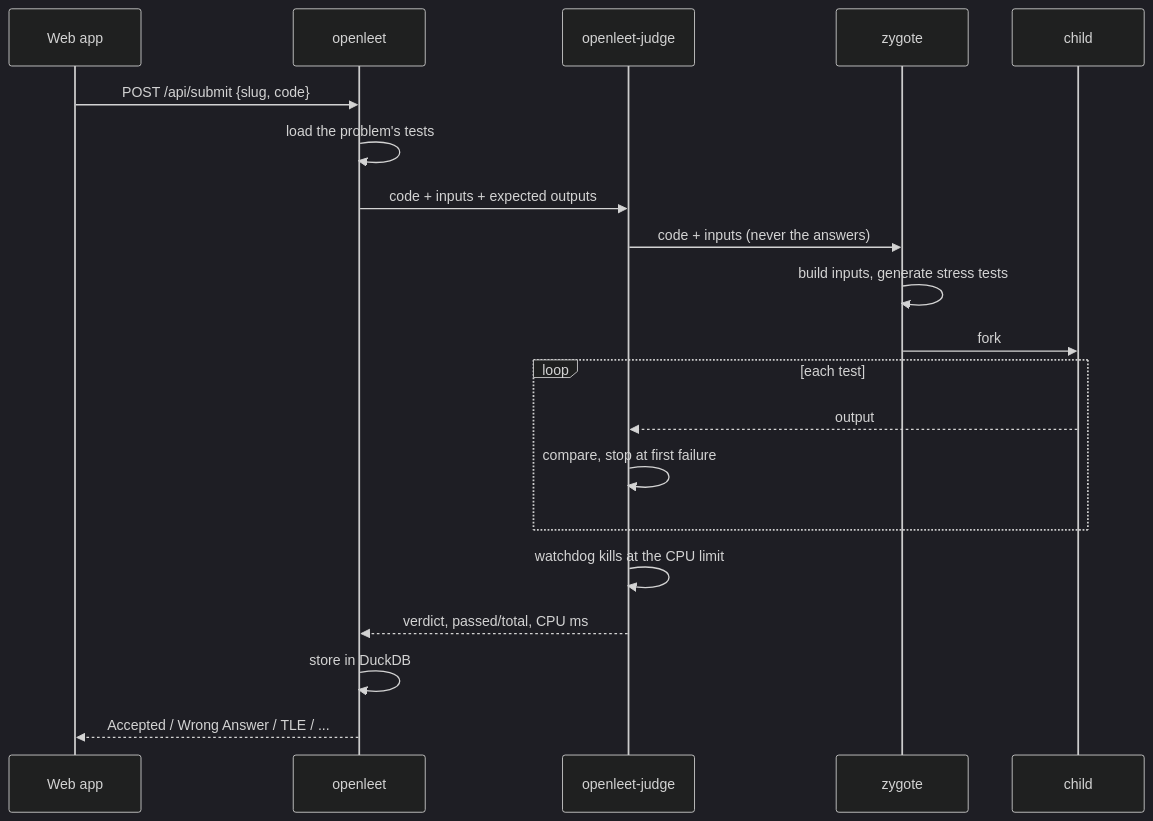
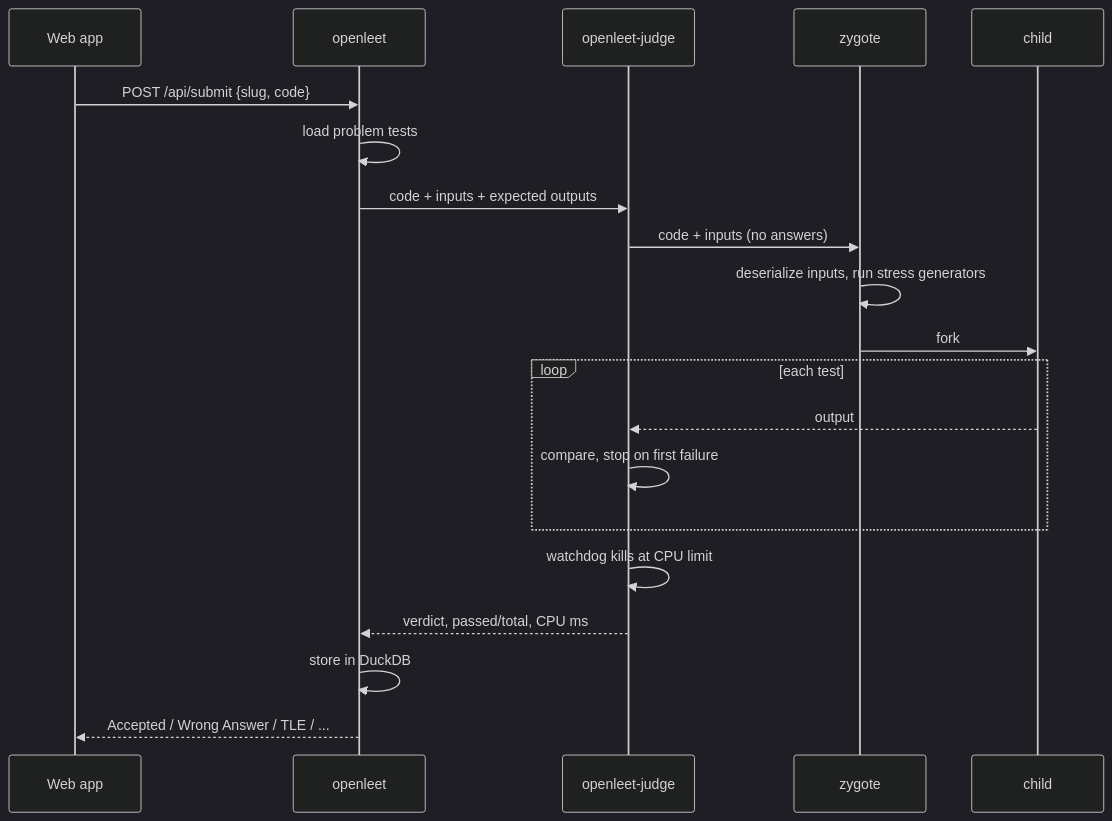
One commit to nsudhanva/openleet changed the second of 4 diagrams in docs/architecture.md. Above: the diagram before and after it, drawn with Mermaid (dark theme). The commit also changed other lines of this file and 5 other files, not shown here.

Commit message:
docs: tighten README and docs with tables and diagrams

````diff
--- a/docs/architecture.md
+++ b/docs/architecture.md
@@ -33,22 +32,22 @@
 ```mermaid
 sequenceDiagram
     participant W as Web app
     participant S as openleet
     participant J as openleet-judge
     participant Z as zygote
     participant C as child
     W->>S: POST /api/submit {slug, code}
-    S->>S: load the problem's tests
+    S->>S: load problem tests
     S->>J: code + inputs + expected outputs
-    J->>Z: code + inputs (never the answers)
-    Z->>Z: build inputs, generate stress tests
+    J->>Z: code + inputs (no answers)
+    Z->>Z: deserialize inputs, run stress generators
     Z->>C: fork
     loop each test
         C-->>J: output
-        J->>J: compare, stop at first failure
+        J->>J: compare, stop on first failure
     end
-    J->>J: watchdog kills at the CPU limit
+    J->>J: watchdog kills at CPU limit
     J-->>S: verdict, passed/total, CPU ms
     S->>S: store in DuckDB
     S-->>W: Accepted / Wrong Answer / TLE / ...
 ```
````
